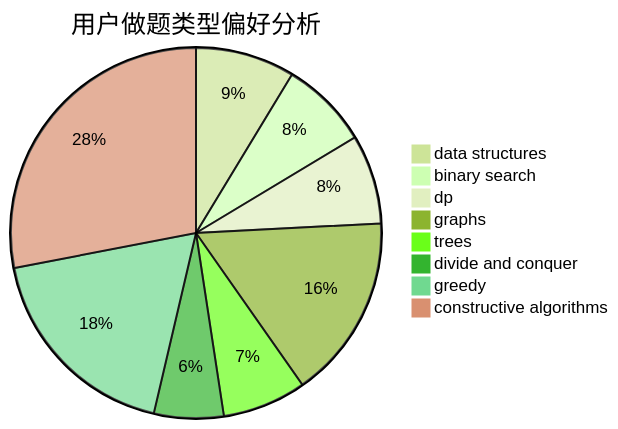
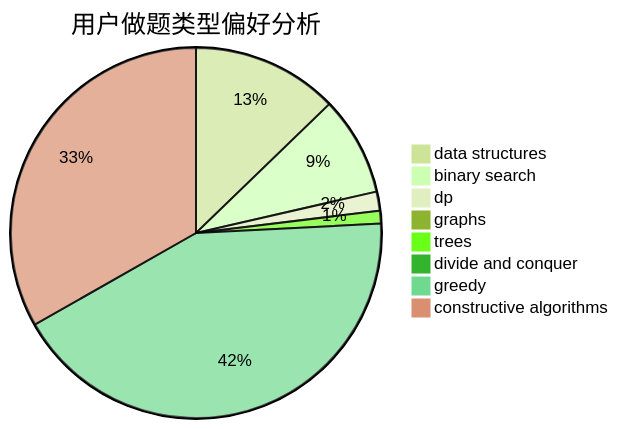
Before and after one commit to sherpahu/cfrs.github.io: the second of 3 diagrams in docs/user/u165.md, drawn with Mermaid (forest theme). The commit also changed other lines of this file and 2770 other files, not shown here.

````diff
--- a/docs/user/u165.md
+++ b/docs/user/u165.md
@@ -23,11 +23,11 @@
 ```mermaid
 pie title 用户做题类型偏好分析
-    "data structures" :  90
-    "binary search" :  80
-    "dp" :  81
-    "graphs" :  167
-    "trees" :  76
-    "divide and conquer" :  63
-    "greedy" :  190
-    "constructive algorithms" :  291
+    "data structures" :  161
+    "binary search" :  109
+    "dp" :  21
+    "graphs" :  12
+    "trees" :  14
+    "divide and conquer" :  0
+    "greedy" :  537
+    "constructive algorithms" :  419
 ```
````
